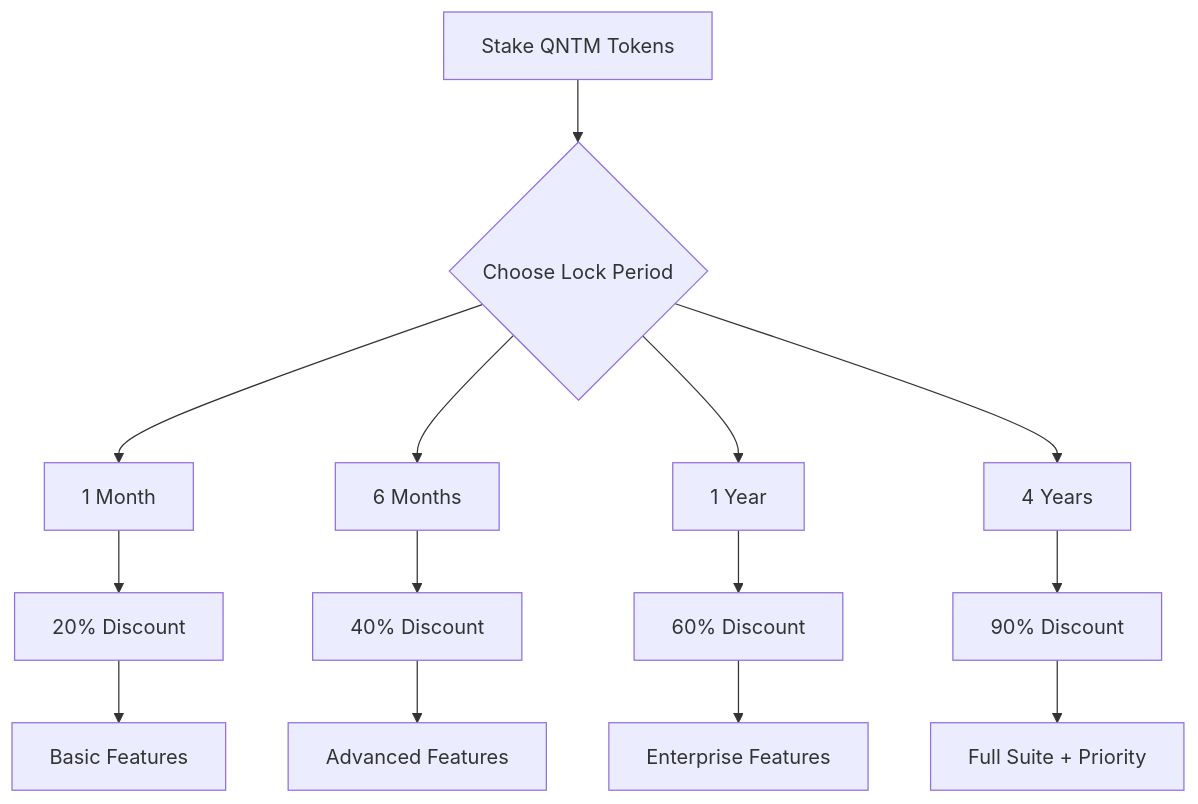
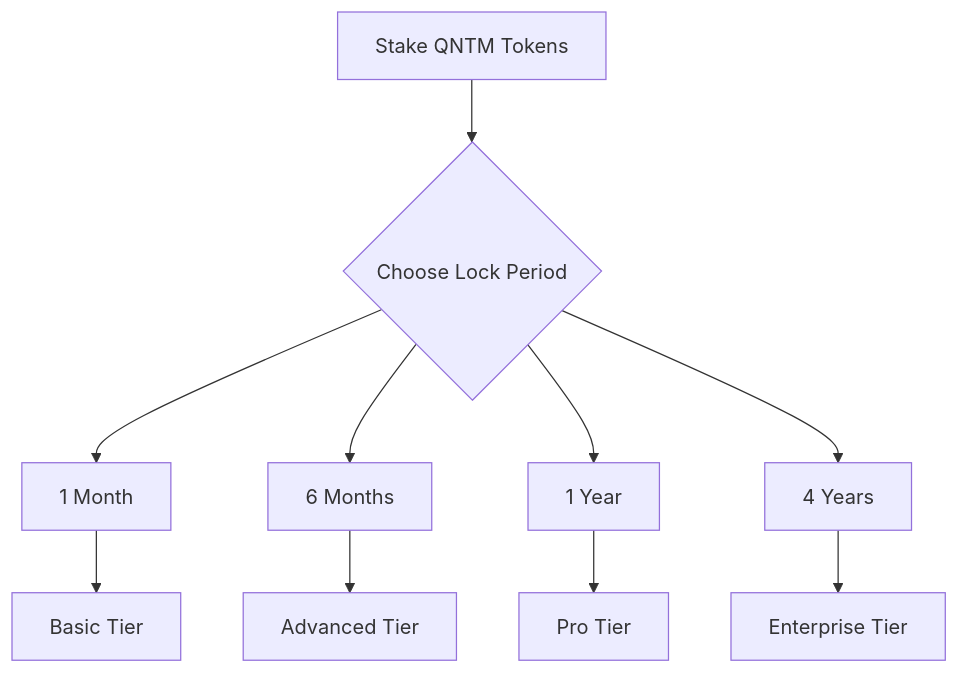
Before and after one commit to JermWang/QUANTANIUM: the second of 4 diagrams in Tokenomics.md, drawn with Mermaid. The commit also changed other lines of this file, not shown here.

````diff
--- a/Tokenomics.md
+++ b/Tokenomics.md
@@ -121,18 +123,13 @@
 ```mermaid
 graph TD
     A[Stake QNTM Tokens] --> B{Choose Lock Period}
     B --> C[1 Month]
     B --> D[6 Months]
     B --> E[1 Year]
     B --> F[4 Years]
     
-    C --> G[20% Discount]
-    D --> H[40% Discount]
-    E --> I[60% Discount]
-    F --> J[90% Discount]
-    
-    G --> K[Basic Features]
-    H --> L[Advanced Features]
-    I --> M[Enterprise Features]
-    J --> N[Full Suite + Priority]
+    C --> G[Basic Tier]
+    D --> H[Advanced Tier]
+    E --> I[Pro Tier]
+    F --> J[Enterprise Tier]
 ```
````
